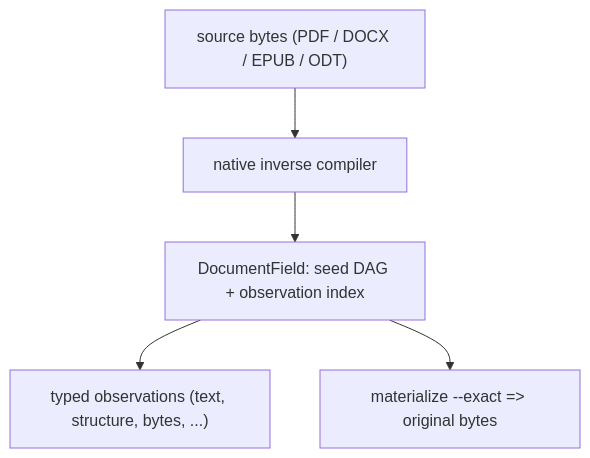
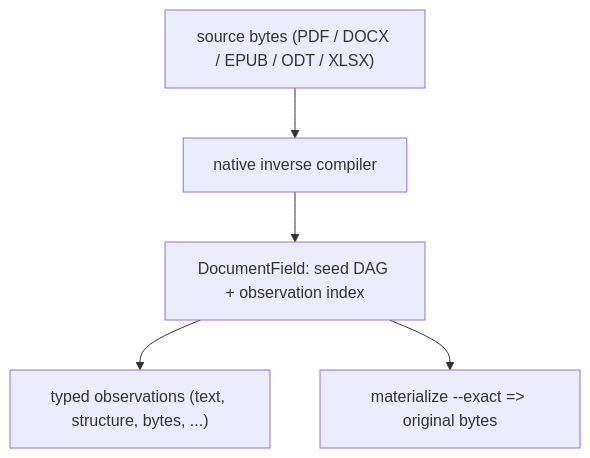
The diagram in README.md (infinityabundance/vole-document), drawn with Mermaid before and after one commit. The commit also changed other lines of this file and 13 other files, not shown here.

````diff
--- a/README.md
+++ b/README.md
@@ -114,7 +114,7 @@
 ```mermaid
 flowchart TD
-    A["source bytes (PDF / DOCX / EPUB / ODT)"] --> B["native inverse compiler"]
+    A["source bytes (PDF / DOCX / EPUB / ODT / XLSX)"] --> B["native inverse compiler"]
     B --> C["DocumentField: seed DAG + observation index"]
     C --> D["typed observations (text, structure, bytes, ...)"]
     C --> E["materialize --exact => original bytes"]
 ```
````
